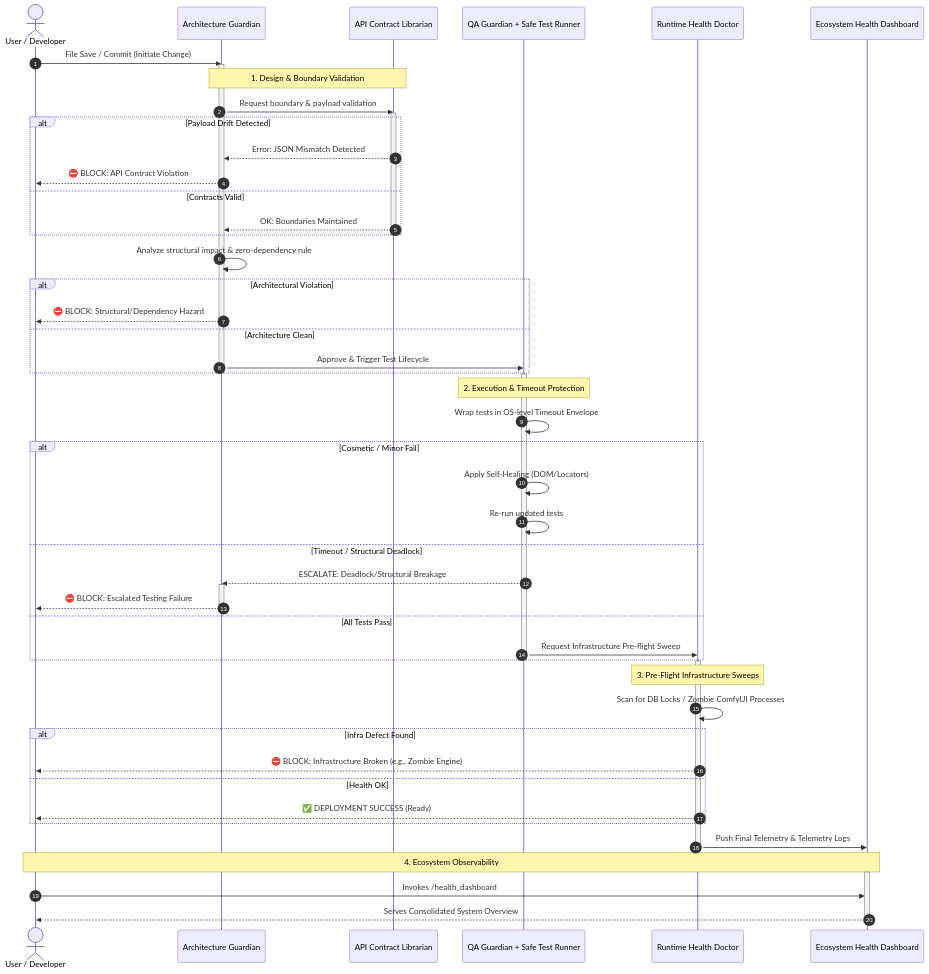
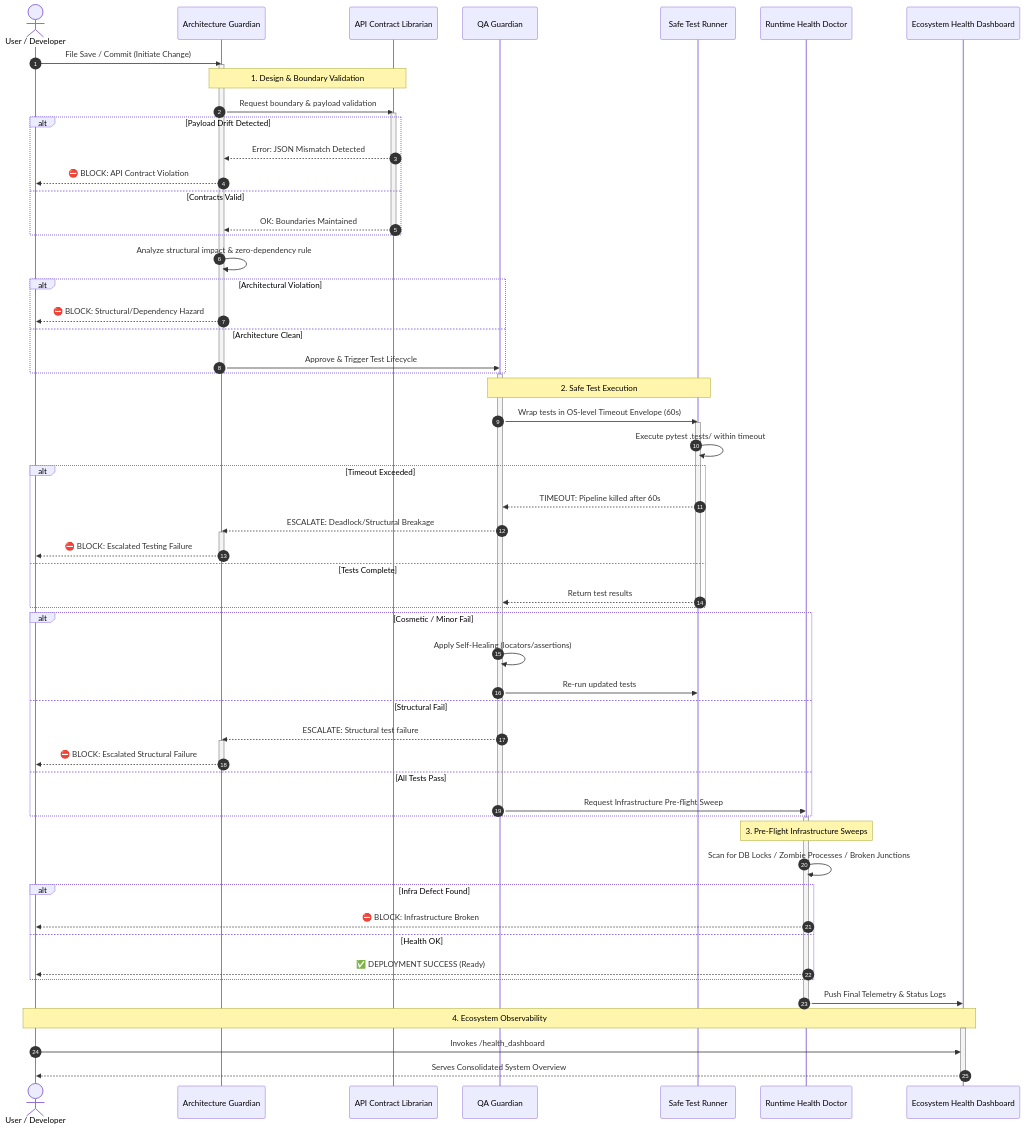
One commit to NeoShadow7366/AetherVault changed the first of 2 diagrams in .agents/visualizations/guardian_workflow.md. Above: the diagram before and after it, drawn with Mermaid. The commit also changed other lines of this file and 62 other files, not shown here.

```diff
--- a/.agents/visualizations/guardian_workflow.md
+++ b/.agents/visualizations/guardian_workflow.md
@@ -10,7 +10,8 @@
     actor U as User / Developer
     participant AG as Architecture Guardian
     participant API as API Contract Librarian
-    participant QA as QA Guardian + Safe Test Runner
+    participant QA as QA Guardian
+    participant STR as Safe Test Runner
     participant RHD as Runtime Health Doctor
     participant EHD as Ecosystem Health Dashboard
 
@@ -41,16 +42,29 @@
 
     %% Phase 2: Testing & Timeout Protection
     activate QA
-    Note over QA: 2. Execution & Timeout Protection
-    QA->>QA: Wrap tests in OS-level Timeout Envelope
+    Note over QA,STR: 2. Safe Test Execution
+    QA->>STR: Wrap tests in OS-level Timeout Envelope (60s)
+    activate STR
+    STR->>STR: Execute pytest .tests/ within timeout
     
-    alt Cosmetic / Minor Fail
-        QA->>QA: Apply Self-Healing (DOM/Locators)
-        QA->>QA: Re-run updated tests
-    else Timeout / Structural Deadlock
+    alt Timeout Exceeded
+        STR-->>QA: TIMEOUT: Pipeline killed after 60s
         QA-->>AG: ESCALATE: Deadlock/Structural Breakage
         activate AG
         AG-->>U: ⛔ BLOCK: Escalated Testing Failure
+        deactivate AG
+    else Tests Complete
+        STR-->>QA: Return test results
+    end
+    deactivate STR
+
+    alt Cosmetic / Minor Fail
+        QA->>QA: Apply Self-Healing (locators/assertions)
+        QA->>STR: Re-run updated tests
+    else Structural Fail
+        QA-->>AG: ESCALATE: Structural test failure
+        activate AG
+        AG-->>U: ⛔ BLOCK: Escalated Structural Failure
         deactivate AG
     else All Tests Pass
         QA->>RHD: Request Infrastructure Pre-flight Sweep
@@ -60,16 +74,16 @@
     %% Phase 3: Runtime Sweeps
     activate RHD
     Note over RHD: 3. Pre-Flight Infrastructure Sweeps
-    RHD->>RHD: Scan for DB Locks / Zombie ComfyUI Processes
+    RHD->>RHD: Scan for DB Locks / Zombie Processes / Broken Junctions
     
     alt Infra Defect Found
-        RHD-->>U: ⛔ BLOCK: Infrastructure Broken (e.g., Zombie Engine)
+        RHD-->>U: ⛔ BLOCK: Infrastructure Broken
     else Health OK
         RHD-->>U: ✅ DEPLOYMENT SUCCESS (Ready)
     end
     
     %% Phase 4: Observability
-    RHD->>EHD: Push Final Telemetry & Telemetry Logs
+    RHD->>EHD: Push Final Telemetry & Status Logs
     deactivate RHD
     
     Note over U,EHD: 4. Ecosystem Observability
```
